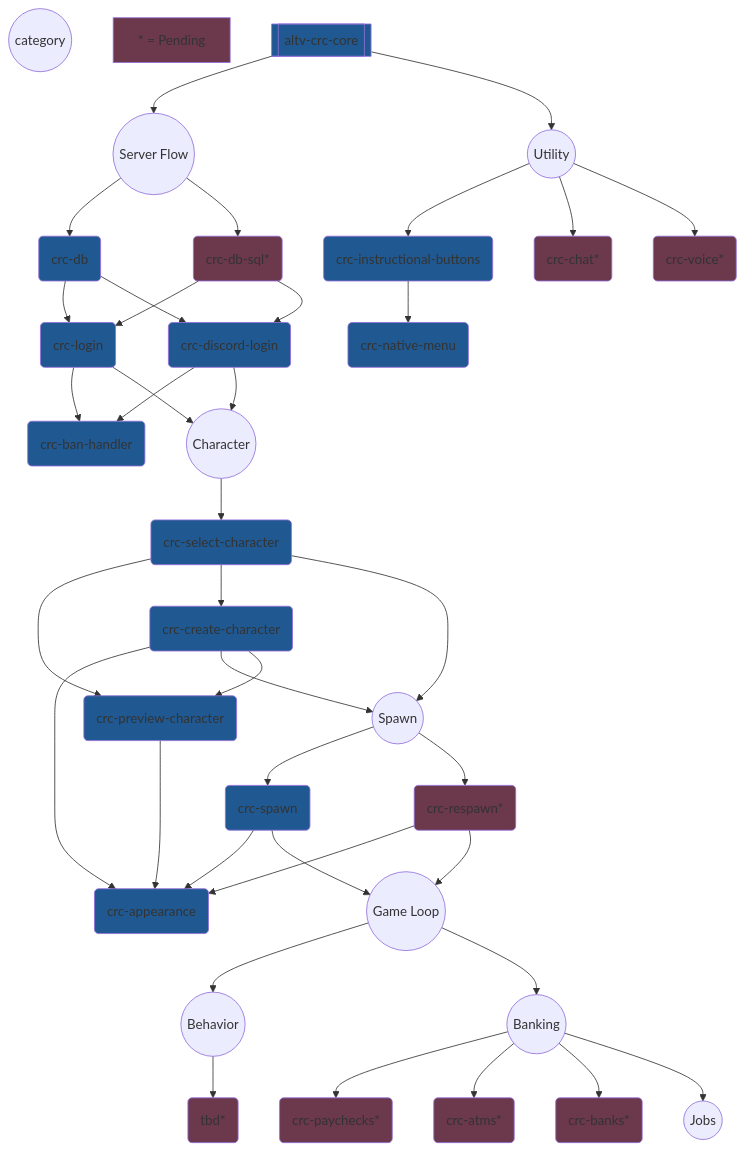
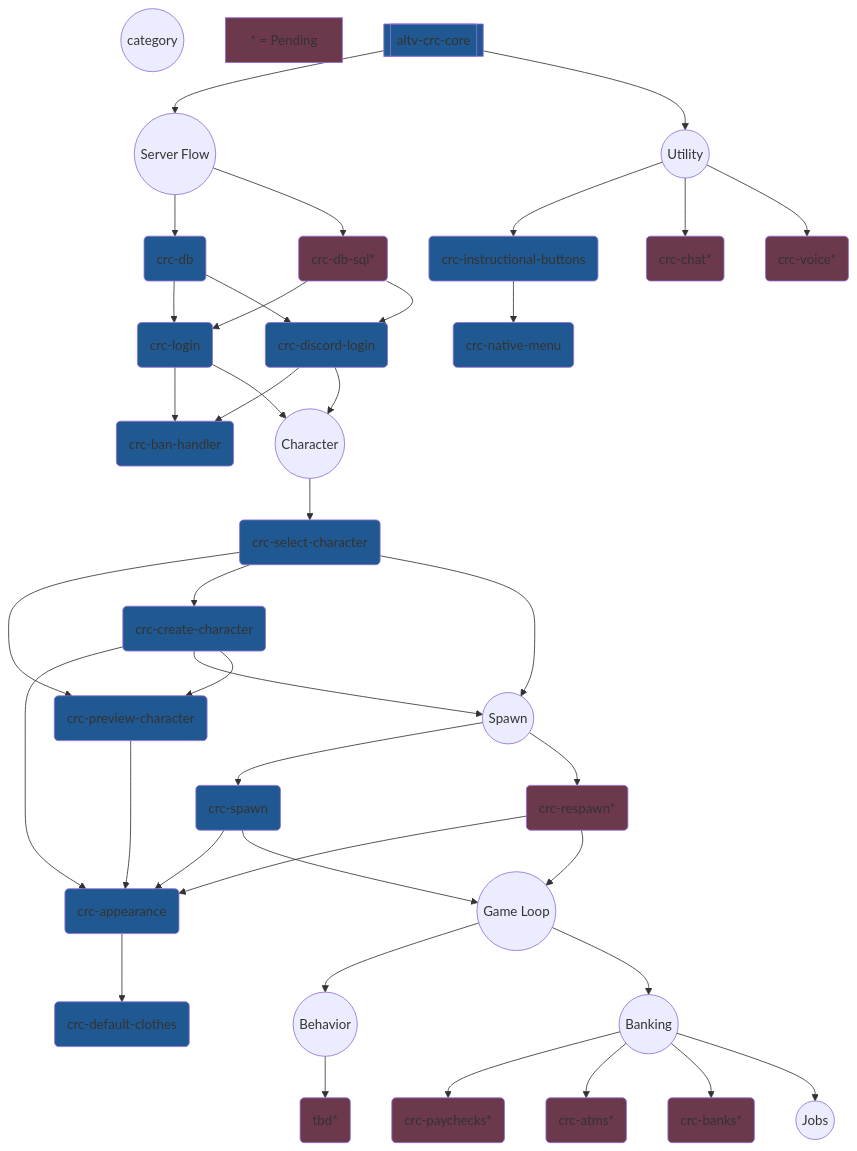
One commit to altv-crc/.github changed the diagram in profile/README.md. Above: the diagram before and after it, drawn with Mermaid.

```diff
--- a/profile/README.md
+++ b/profile/README.md
@@ -76,6 +76,7 @@
     
     %% Appearance
     crc_appearance(crc-appearance):::ready
+    crc_appearance --> crc_default_clothes(crc-default-clothes):::ready
     crc_char_create --> crc_appearance
     crc_spawn --> crc_appearance
     crc_char_preview --> crc_appearance
```
